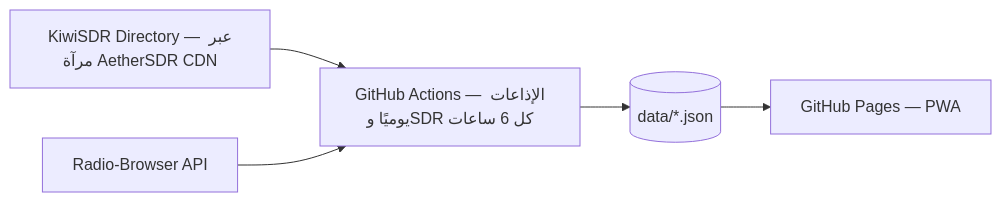
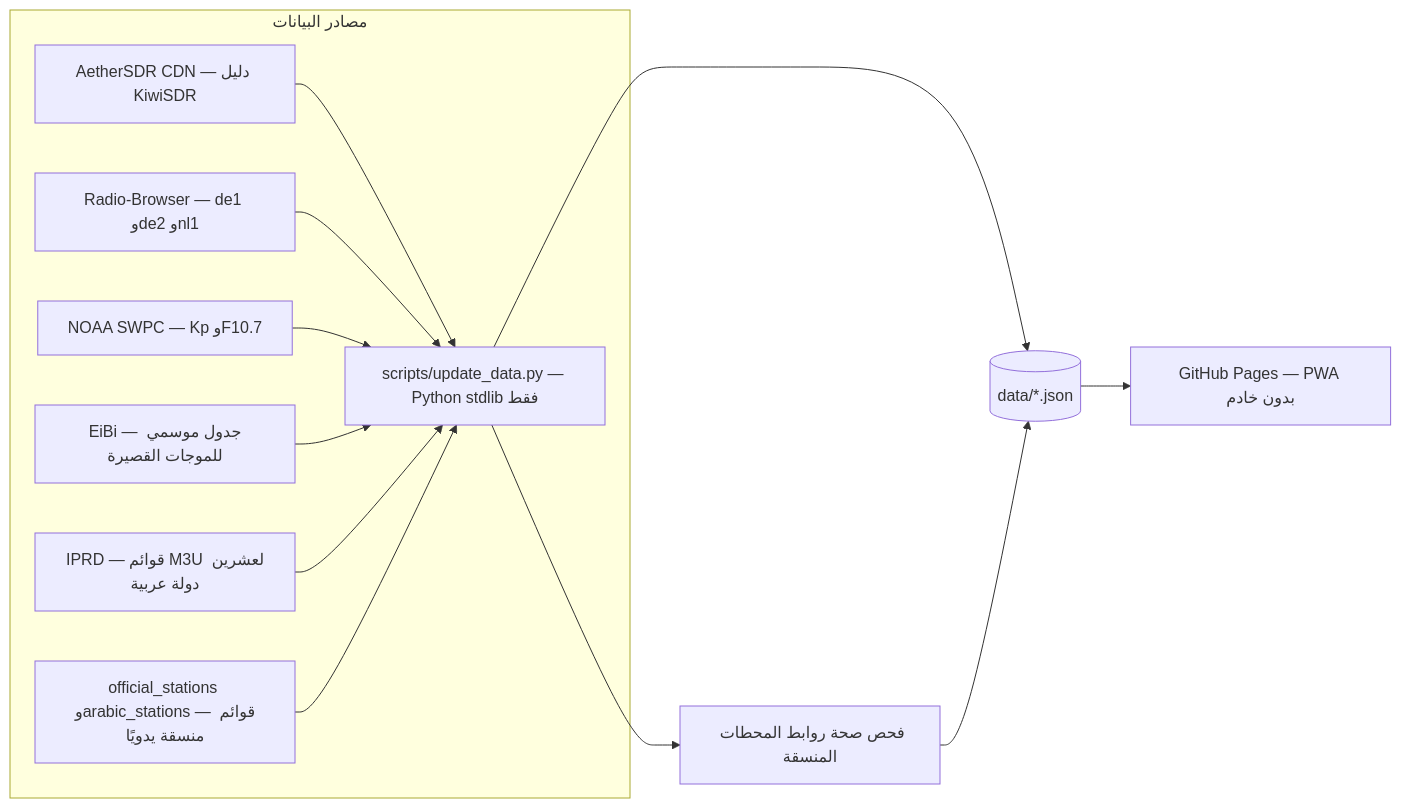
One commit to SamoTech/Radio changed the diagram in README.md. Above: the diagram before and after it, drawn with Mermaid. The commit also changed other lines of this file, not shown here.

````diff
--- a/README.md
+++ b/README.md
@@ -9,7 +51,15 @@
 ```mermaid
 flowchart LR
-    A[KiwiSDR Directory — عبر مرآة AetherSDR CDN] --> C[Crawler]
-    B[Radio-Browser API] --> C
-    C[GitHub Actions — الإذاعات يوميًا وSDR كل 6 ساعات] --> D[(data/*.json)]
-    D --> E[GitHub Pages — PWA]
+    subgraph مصادر البيانات
+      A[AetherSDR CDN — دليل KiwiSDR] --> G
+      B[Radio-Browser — de1 وde2 وnl1] --> G
+      C[NOAA SWPC — Kp وF10.7] --> G
+      D[EiBi — جدول موسمي للموجات القصيرة] --> G
+      E[IPRD — قوائم M3U لعشرين دولة عربية] --> G
+      F[official_stations وarabic_stations — قوائم منسقة يدويًا] --> G
+    end
+    G[scripts/update_data.py — Python stdlib فقط] --> H[(data/*.json)]
+    G --> S[فحص صحة روابط المحطات المنسقة]
+    S --> H
+    H --> I[GitHub Pages — PWA بدون خادم]
 ```
````
